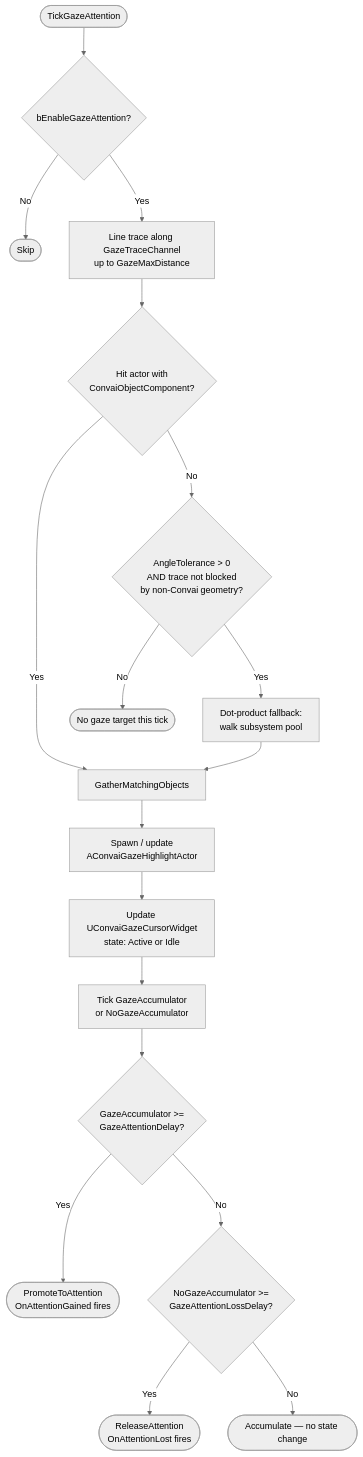
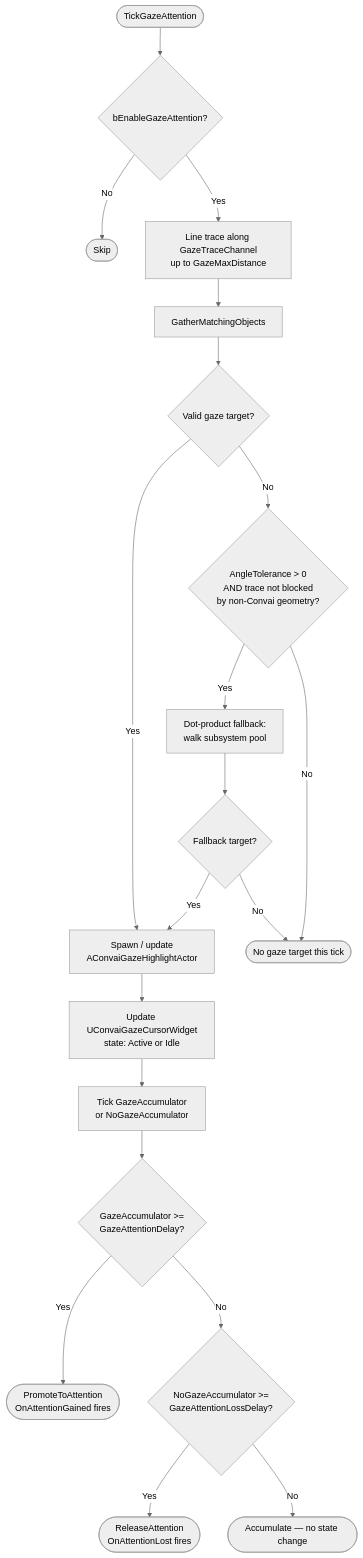
Before and after one commit to Conv-AI/Convai-Documentation: the first of 2 diagrams in plugins-and-integrations/convai-unreal-engine-plugin/features/gaze-attention/how-gaze-attention-works.md, drawn with Mermaid (neutral theme). The commit also changed other lines of this file and 5 other files, not shown here.

````diff
--- a/plugins-and-integrations/convai-unreal-engine-plugin/features/gaze-attention/how-gaze-attention-works.md
+++ b/plugins-and-integrations/convai-unreal-engine-plugin/features/gaze-attention/how-gaze-attention-works.md
@@ -13,20 +13,22 @@
 ```mermaid
 flowchart TD
     A([TickGazeAttention]) --> B{bEnableGazeAttention?}
     B -- No --> Z([Skip])
     B -- Yes --> C[Line trace along GazeTraceChannel\nup to GazeMaxDistance]
-    C --> D{Hit actor with\nConvaiObjectComponent?}
-    D -- Yes --> F[GatherMatchingObjects]
+    C --> F[GatherMatchingObjects]
+    F --> D{Valid gaze target?}
+    D -- Yes --> I[Spawn / update\nAConvaiGazeHighlightActor]
     D -- No --> E{AngleTolerance > 0\nAND trace not blocked\nby non-Convai geometry?}
     E -- Yes --> G[Dot-product fallback:\nwalk subsystem pool]
     E -- No --> H([No gaze target this tick])
-    G --> F
-    F --> I[Spawn / update\nAConvaiGazeHighlightActor]
+    G --> Q{Fallback target?}
+    Q -- Yes --> I
+    Q -- No --> H
     I --> J[Update UConvaiGazeCursorWidget\nstate: Active or Idle]
     J --> K[Tick GazeAccumulator\nor NoGazeAccumulator]
     K --> L{GazeAccumulator >=\nGazeAttentionDelay?}
     L -- Yes --> M([PromoteToAttention\nOnAttentionGained fires])
     L -- No --> N{NoGazeAccumulator >=\nGazeAttentionLossDelay?}
     N -- Yes --> O([ReleaseAttention\nOnAttentionLost fires])
     N -- No --> P([Accumulate — no state change])
 ```
````
